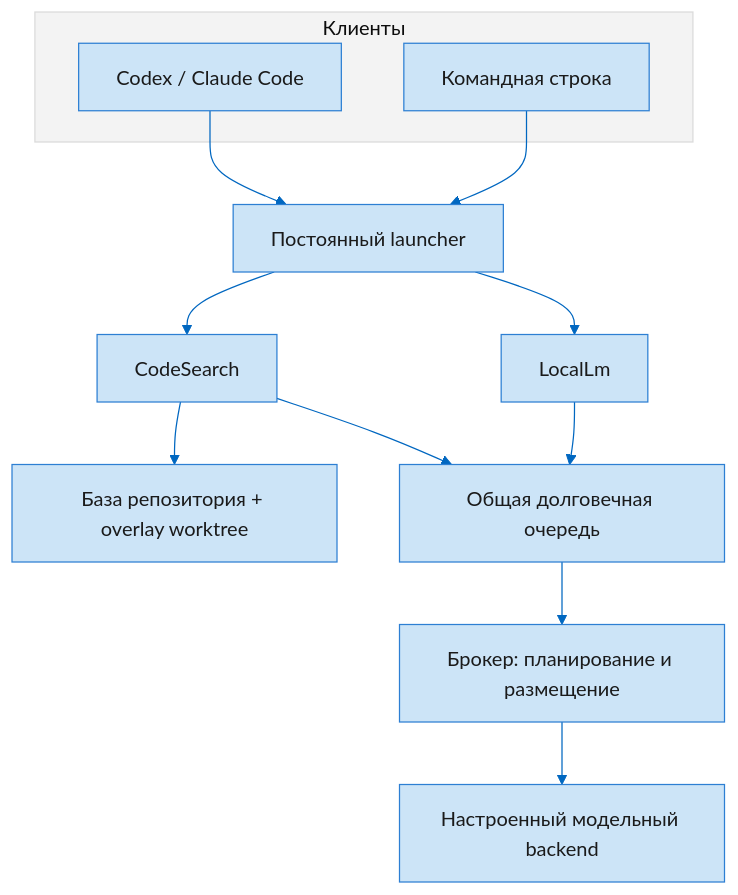
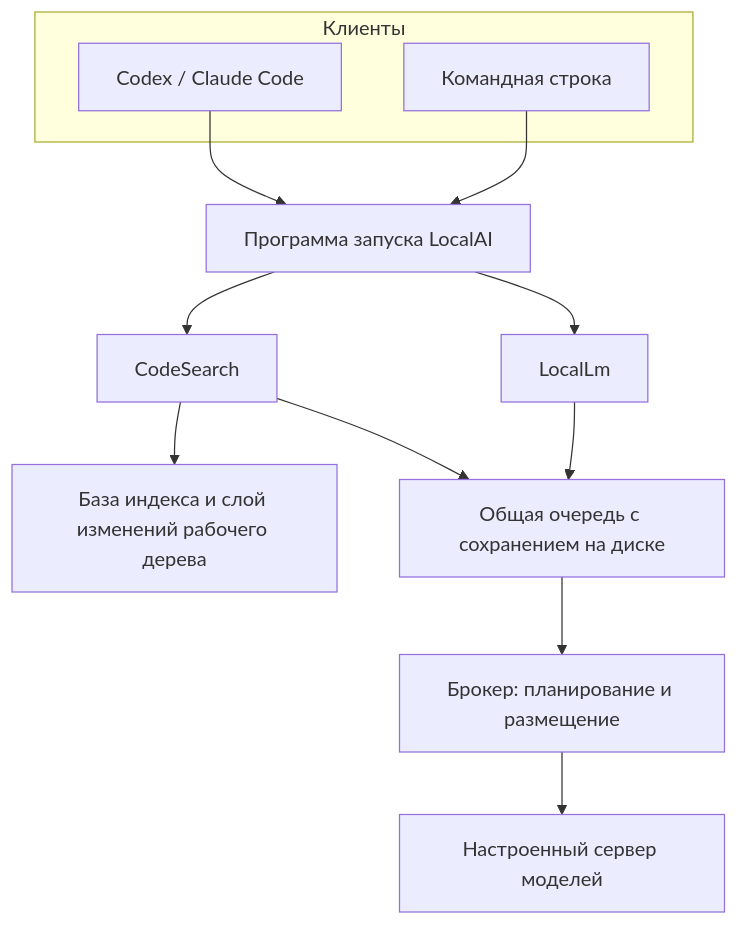
The first of 2 diagrams in docs/wiki/Architecture.ru.md (MrAliev/local-ai-toolkit), drawn with Mermaid before and after one commit. The commit also changed other lines of this file and 26 other files, not shown here.

````diff
--- a/docs/wiki/Architecture.ru.md
+++ b/docs/wiki/Architecture.ru.md
@@ -7,27 +9,16 @@
 ```mermaid
----
-config:
-  theme: base
-  themeVariables:
-    primaryColor: "#CCE4F7"
-    primaryTextColor: "#1A1A1A"
-    primaryBorderColor: "#2D7FD3"
-    lineColor: "#0067C0"
-    secondaryColor: "#FAFAFA"
-    tertiaryColor: "#F3F3F3"
----
 flowchart TB
   subgraph clients["Клиенты"]
     agent["Codex / Claude Code"]
     cli["Командная строка"]
   end
-  agent --> launcher["Постоянный launcher"]
+  agent --> launcher["Программа запуска LocalAI"]
   cli --> launcher
   launcher --> search["CodeSearch"]
   launcher --> local["LocalLm"]
-  search --> index["База репозитория + overlay worktree"]
-  search --> queue["Общая долговечная очередь"]
+  search --> index["База индекса и слой изменений рабочего дерева"]
+  search --> queue["Общая очередь с сохранением на диске"]
   local --> queue
   queue --> broker["Брокер: планирование и размещение"]
-  broker --> models["Настроенный модельный backend"]
+  broker --> models["Настроенный сервер моделей"]
 ```
````
